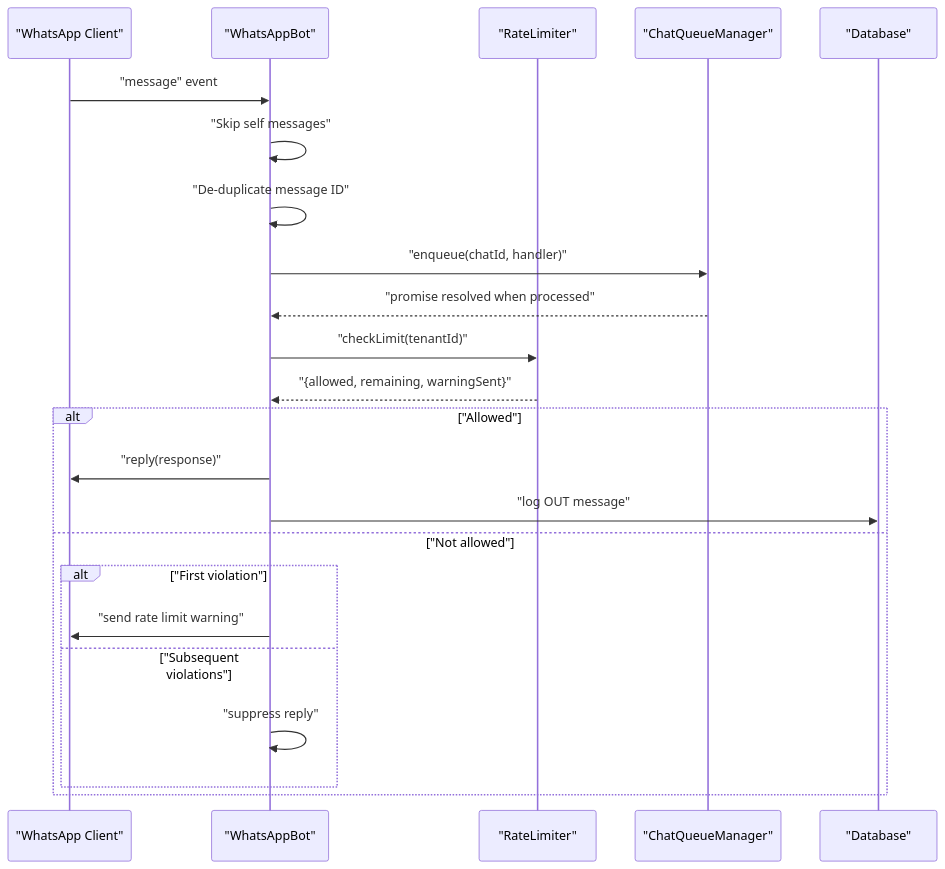
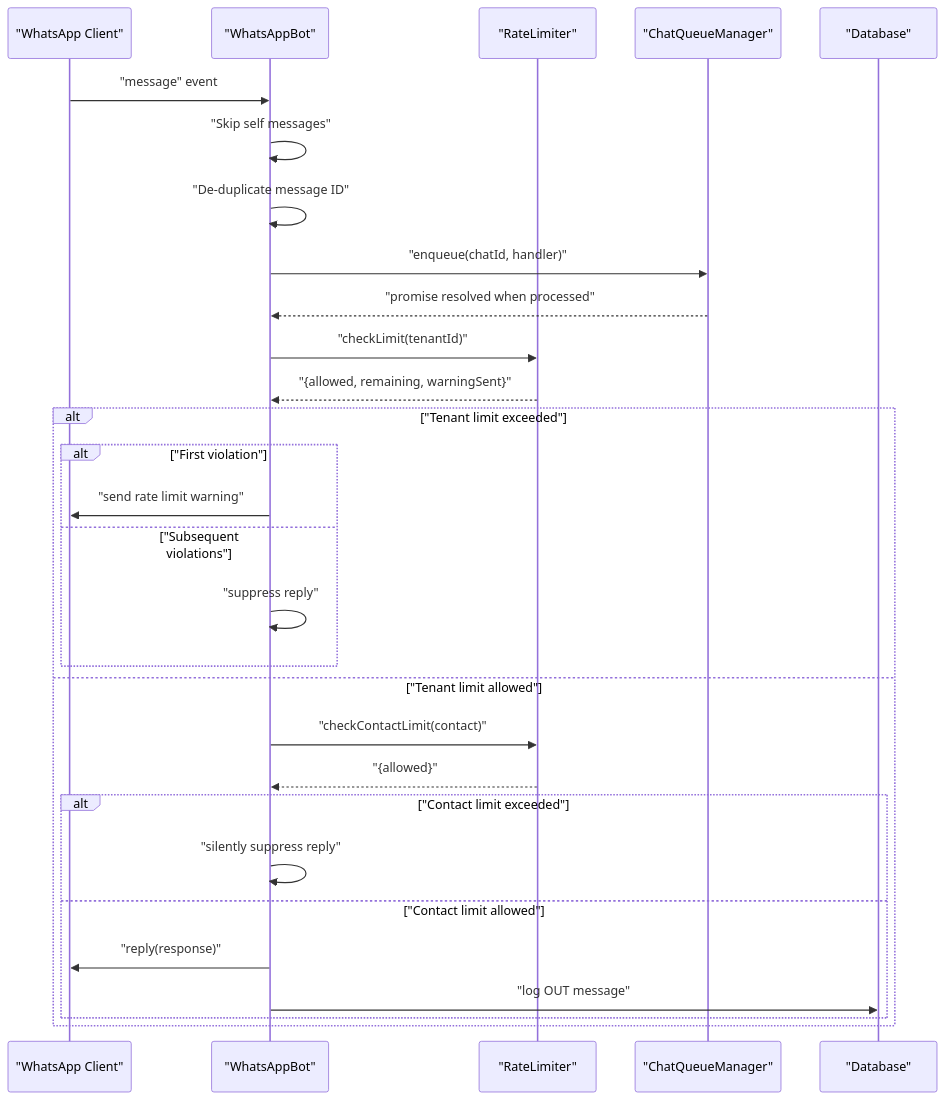
One commit to askchiwa-spec/FLOW-HQ-BOT changed the second of 6 diagrams in .qoder/repowiki/en/content/Worker Utilities/Rate Limiting System.md. Above: the diagram before and after it, drawn with Mermaid. The commit also changed other lines of this file and 27 other files, not shown here.

````diff
--- a/.qoder/repowiki/en/content/Worker Utilities/Rate Limiting System.md
+++ b/.qoder/repowiki/en/content/Worker Utilities/Rate Limiting System.md
@@ -92,25 +101,31 @@
 ```mermaid
 sequenceDiagram
 participant WA as "WhatsApp Client"
 participant BOT as "WhatsAppBot"
 participant RL as "RateLimiter"
 participant CQ as "ChatQueueManager"
 participant DB as "Database"
 WA->>BOT : "message" event
 BOT->>BOT : "Skip self messages"
 BOT->>BOT : "De-duplicate message ID"
 BOT->>CQ : "enqueue(chatId, handler)"
 CQ-->>BOT : "promise resolved when processed"
 BOT->>RL : "checkLimit(tenantId)"
 RL-->>BOT : "{allowed, remaining, warningSent}"
-alt "Allowed"
-BOT->>WA : "reply(response)"
-BOT->>DB : "log OUT message"
-else "Not allowed"
+alt "Tenant limit exceeded"
 alt "First violation"
 BOT->>WA : "send rate limit warning"
 else "Subsequent violations"
 BOT->>BOT : "suppress reply"
 end
+else "Tenant limit allowed"
+BOT->>RL : "checkContactLimit(contact)"
+RL-->>BOT : "{allowed}"
+alt "Contact limit exceeded"
+BOT->>BOT : "silently suppress reply"
+else "Contact limit allowed"
+BOT->>WA : "reply(response)"
+BOT->>DB : "log OUT message"
+end
 end
 ```
````
